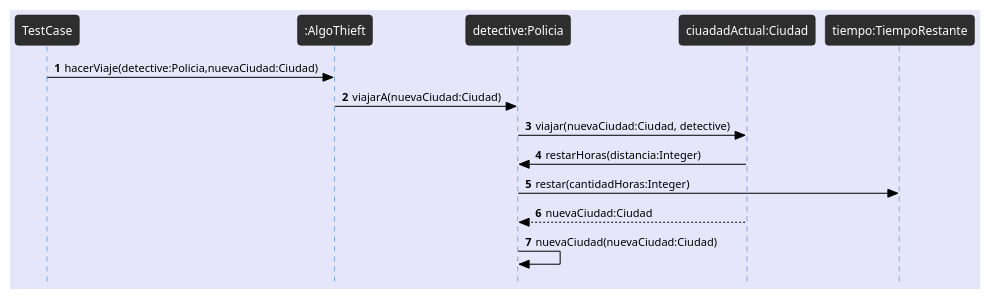
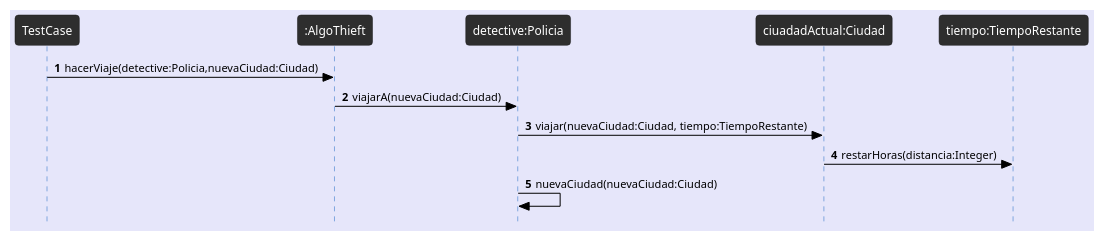
Before and after one commit to avilagaston9/algo3_tp2: the diagram in docs/Diagramas/Secuencia/caso1_3.plantuml, drawn with PlantUML. The commit also changed 4 other files, not shown here.

```diff
--- a/docs/Diagramas/Secuencia/caso1_3.plantuml
+++ b/docs/Diagramas/Secuencia/caso1_3.plantuml
@@ -1,27 +1,24 @@
 @startuml Detective viaja de Montreal a Mexico
 !theme reddress-darkblue
 autonumber
 skinparam style strictuml
 skinparam BackGroundColor lavender
 skinparam RoundCorner 7
 skinparam SequenceGroupFontColor black
 skinparam SequenceGroupBorderColor black
 skinparam SequenceGroupBorderThickness 0.5
 skinparam ArrowFontColor black
 skinparam ArrowColor black
 skinparam ActorFontColor black
 skinparam participantFontSize 12
 skinparam SequenceLifeLineBackGroundColor 2e2e2e
 
 TestCase -> ":AlgoThieft" as juego: hacerViaje(detective:Policia,nuevaCiudad:Ciudad)
 juego -> "detective:Policia" as detective: viajarA(nuevaCiudad:Ciudad)
-detective -> "ciuadadActual:Ciudad" as ciudadActual: viajar(nuevaCiudad:Ciudad, detective)
+detective -> "ciuadadActual:Ciudad" as ciudadActual: viajar(nuevaCiudad:Ciudad, tiempo:TiempoRestante)
 
-ciudadActual -> detective: restarHoras(distancia:Integer)
-detective -> "tiempo:TiempoRestante" as tiempo: restar(cantidadHoras:Integer)
-'OPCION 2 
-ciudadActual --> detective: nuevaCiudad:Ciudad
+ciudadActual -> "tiempo:TiempoRestante" as tiempo: restarHoras(distancia:Integer)
 detective -> detective: nuevaCiudad(nuevaCiudad:Ciudad)
 
 
 @enduml
```
